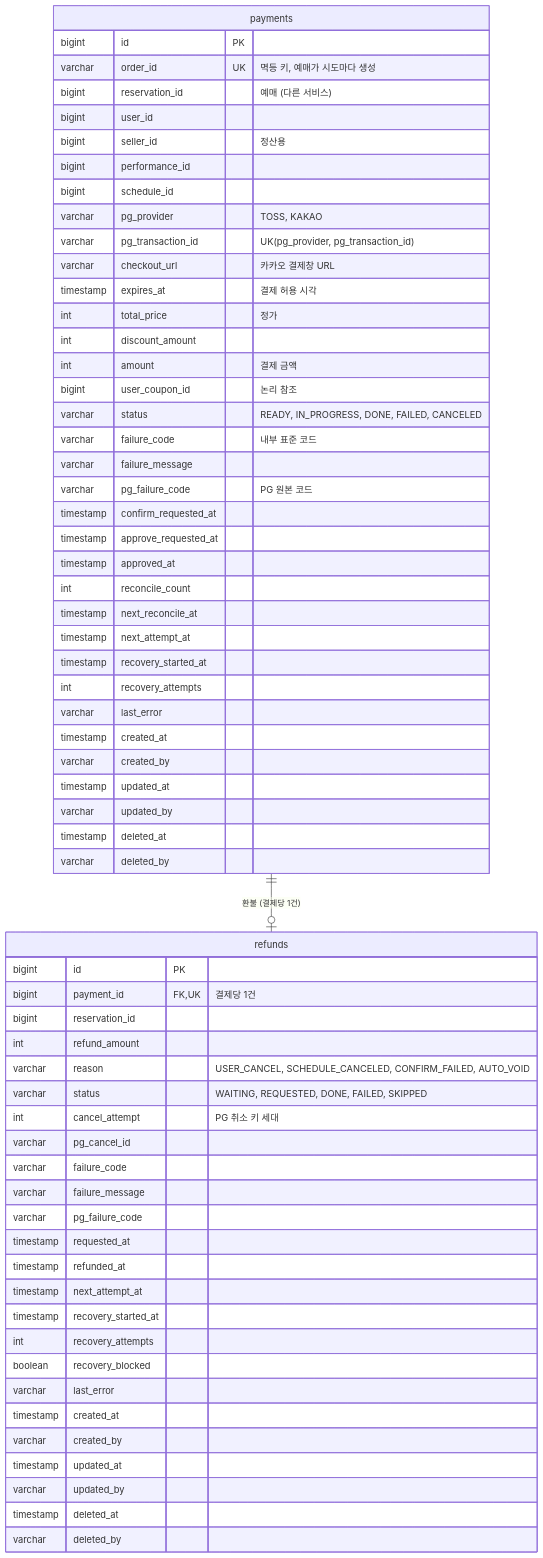
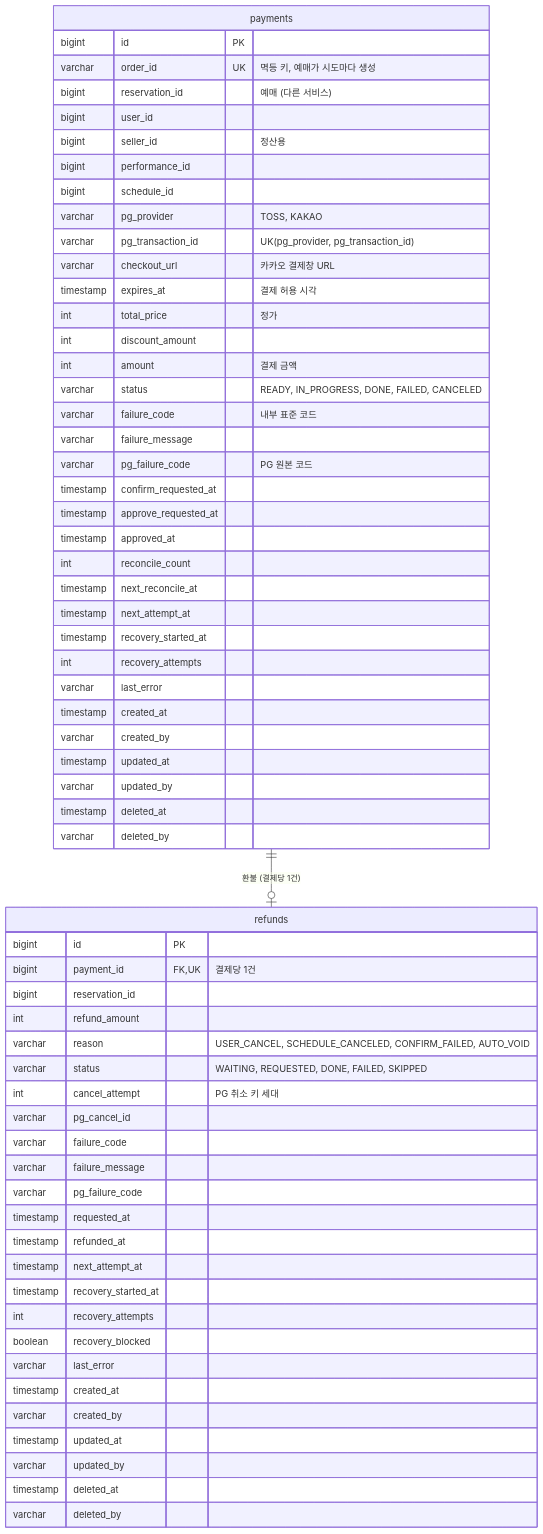
The first of 2 diagrams in docs/payment/tables.md (Good-Ticket-Service/ticket), drawn with Mermaid before and after one commit. The commit also changed other lines of this file and 19 other files, not shown here.

````diff
--- a/docs/payment/tables.md
+++ b/docs/payment/tables.md
@@ -13,68 +13,67 @@
 ```mermaid
 erDiagram
     payments ||--o| refunds : "환불 (결제당 1건)"
 
     payments {
         bigint id PK
         varchar order_id UK "멱등 키, 예매가 시도마다 생성"
         bigint reservation_id "예매 (다른 서비스)"
         bigint user_id
         bigint seller_id "정산용"
         bigint performance_id
         bigint schedule_id
         varchar pg_provider "TOSS, KAKAO"
         varchar pg_transaction_id "UK(pg_provider, pg_transaction_id)"
         varchar checkout_url "카카오 결제창 URL"
         timestamp expires_at "결제 허용 시각"
         int total_price "정가"
         int discount_amount
         int amount "결제 금액"
-        bigint user_coupon_id "논리 참조"
         varchar status "READY, IN_PROGRESS, DONE, FAILED, CANCELED"
         varchar failure_code "내부 표준 코드"
         varchar failure_message
         varchar pg_failure_code "PG 원본 코드"
         timestamp confirm_requested_at
         timestamp approve_requested_at
         timestamp approved_at
         int reconcile_count
         timestamp next_reconcile_at
         timestamp next_attempt_at
         timestamp recovery_started_at
         int recovery_attempts
         varchar last_error
         timestamp created_at
         varchar created_by
         timestamp updated_at
         varchar updated_by
         timestamp deleted_at
         varchar deleted_by
     }
 
     refunds {
         bigint id PK
         bigint payment_id FK, UK "결제당 1건"
         bigint reservation_id
         int refund_amount
         varchar reason "USER_CANCEL, SCHEDULE_CANCELED, CONFIRM_FAILED, AUTO_VOID"
         varchar status "WAITING, REQUESTED, DONE, FAILED, SKIPPED"
         int cancel_attempt "PG 취소 키 세대"
         varchar pg_cancel_id
         varchar failure_code
         varchar failure_message
         varchar pg_failure_code
         timestamp requested_at
         timestamp refunded_at
         timestamp next_attempt_at
         timestamp recovery_started_at
         int recovery_attempts
         boolean recovery_blocked
         varchar last_error
         timestamp created_at
         varchar created_by
         timestamp updated_at
         varchar updated_by
         timestamp deleted_at
         varchar deleted_by
     }
 ```
````
